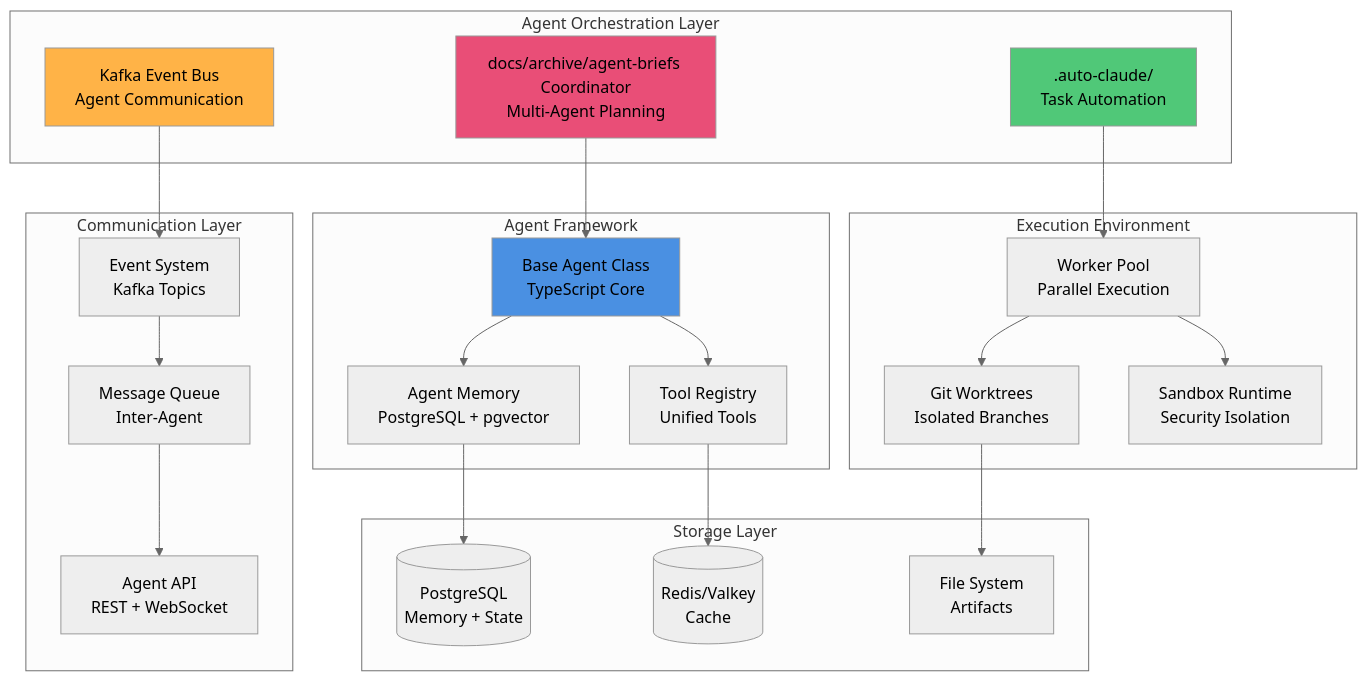
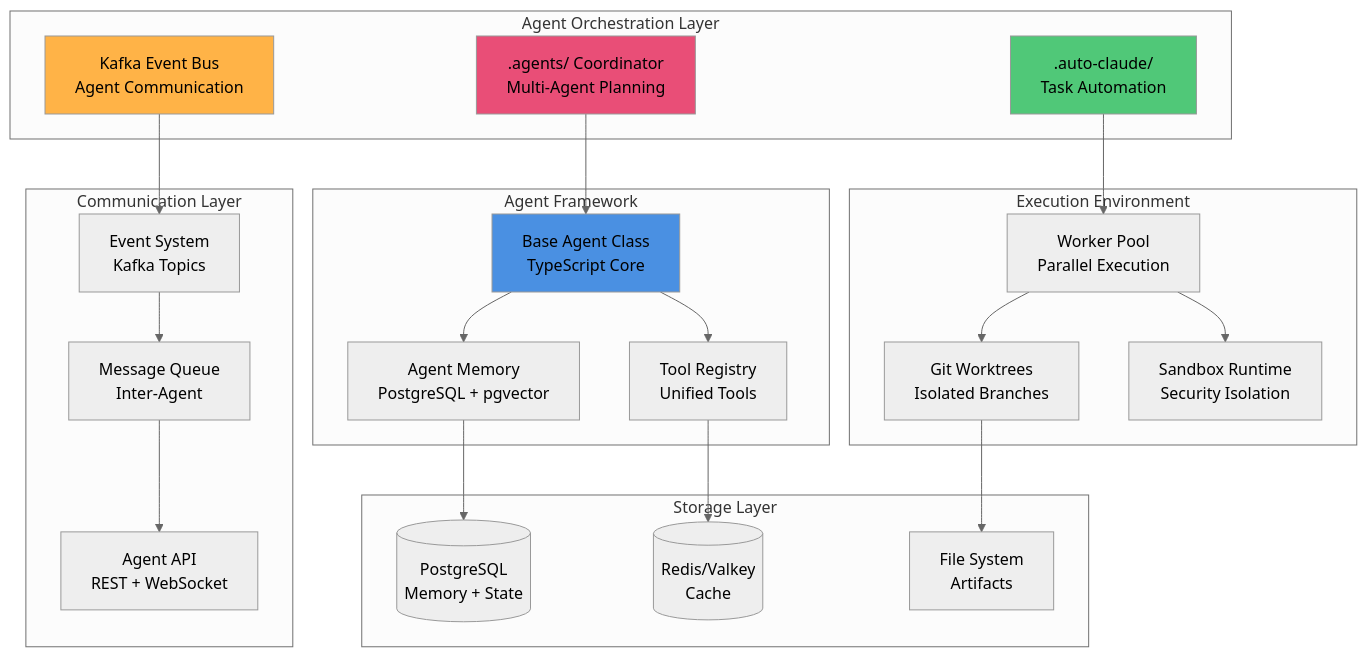
Before and after one commit to ryanmaclean/vibecode-webgui: the third of 21 diagrams in docs/ARCHITECTURE_DIAGRAM.md, drawn with Mermaid (neutral theme). The commit also changed other lines of this file and 2 other files, not shown here.

First line of the commit message:
docs: mark the .agents/ framework historical instead of pointing it at the archive (WS10 2)

````diff
--- a/docs/ARCHITECTURE_DIAGRAM.md
+++ b/docs/ARCHITECTURE_DIAGRAM.md
@@ -146,50 +148,50 @@
 ```mermaid
 graph TB
     subgraph "Agent Orchestration Layer"
-        COORD[docs/archive/agent-briefs Coordinator<br/>Multi-Agent Planning]
+        COORD[.agents/ Coordinator<br/>Multi-Agent Planning]
         AUTOCL[.auto-claude/<br/>Task Automation]
         KAFKA[Kafka Event Bus<br/>Agent Communication]
     end
 
     subgraph "Agent Framework"
         BASE[Base Agent Class<br/>TypeScript Core]
         MEMORY[Agent Memory<br/>PostgreSQL + pgvector]
         TOOLS[Tool Registry<br/>Unified Tools]
     end
 
     subgraph "Execution Environment"
         WORKERS[Worker Pool<br/>Parallel Execution]
         WORKTREE[Git Worktrees<br/>Isolated Branches]
         SANDBOX[Sandbox Runtime<br/>Security Isolation]
     end
 
     subgraph "Communication Layer"
         EVENTS[Event System<br/>Kafka Topics]
         MESSAGES[Message Queue<br/>Inter-Agent]
         API[Agent API<br/>REST + WebSocket]
     end
 
     subgraph "Storage Layer"
         PG[(PostgreSQL<br/>Memory + State)]
         REDIS[(Redis/Valkey<br/>Cache)]
         FS[File System<br/>Artifacts]
     end
 
     COORD --> BASE
     AUTOCL --> WORKERS
     KAFKA --> EVENTS
     BASE --> MEMORY
     BASE --> TOOLS
     WORKERS --> WORKTREE
     WORKERS --> SANDBOX
     EVENTS --> MESSAGES
     MESSAGES --> API
     MEMORY --> PG
     TOOLS --> REDIS
     WORKTREE --> FS
 
     style COORD fill:#E94E77
     style AUTOCL fill:#50C878
     style KAFKA fill:#FFB347
     style BASE fill:#4A90E2
 ```
````
